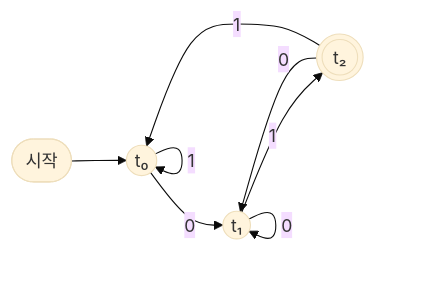
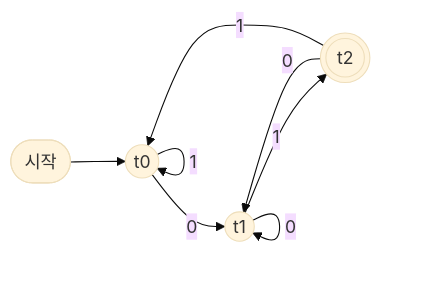
Before and after one commit to Choroning/25Fall_Discrete-Mathematics: the third of 5 diagrams in Lecture-Notes/Ch12_Structures-and-Finite-Automata/Concepts_Lecture.ko.md, drawn with Mermaid (base theme). The commit also changed other lines of this file and 37 other files, not shown here.

````diff
--- a/Lecture-Notes/Ch12_Structures-and-Finite-Automata/Concepts_Lecture.ko.md
+++ b/Lecture-Notes/Ch12_Structures-and-Finite-Automata/Concepts_Lecture.ko.md
@@ -466,10 +468,10 @@
 ```mermaid
 graph LR
-    st([시작]) --> t0((t₀))
+    st([시작]) --> t0((t0))
     t0 -->|1| t0
-    t0 -->|0| t1((t₁))
+    t0 -->|0| t1((t1))
     t1 -->|0| t1
-    t1 -->|1| t2(((t₂)))
+    t1 -->|1| t2(((t2)))
     t2 -->|0| t1
     t2 -->|1| t0
 ```
````
